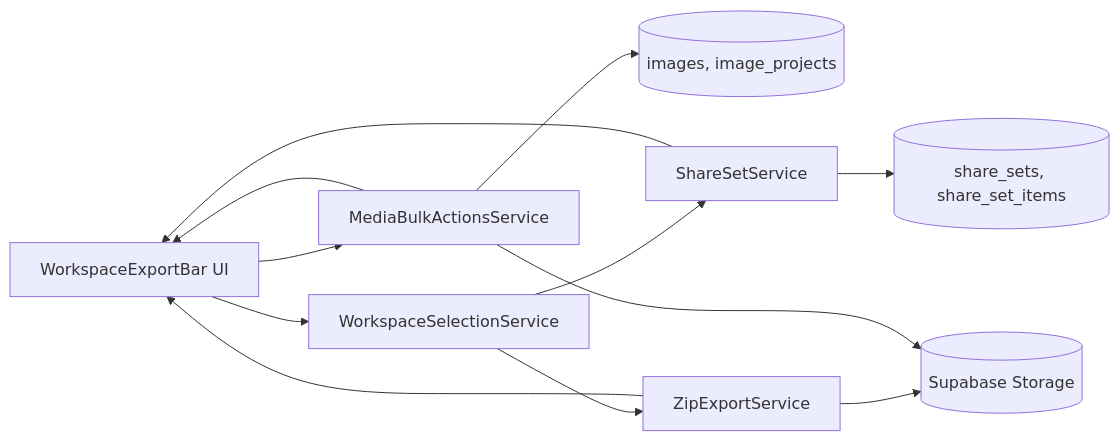
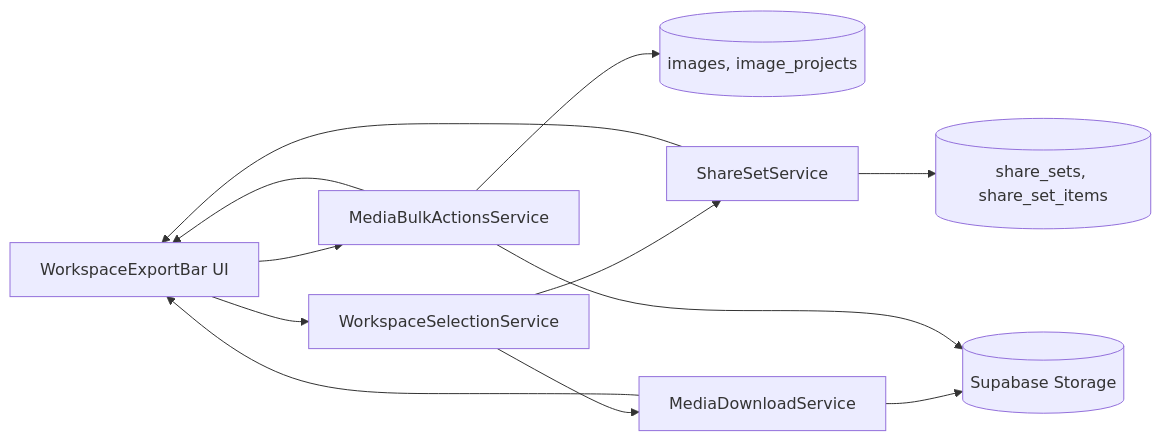
The first of 3 diagrams in docs/element-specs/workspace-export-bar.md (matkleve/feldpost), drawn with Mermaid before and after one commit. The commit also changed other lines of this file and 33 other files, not shown here.

First line of the commit message:
refactor: migrate media-related services to MediaDownloadService

````diff
--- a/docs/element-specs/workspace-export-bar.md
+++ b/docs/element-specs/workspace-export-bar.md
@@ -108,14 +108,14 @@
 ```mermaid
 flowchart LR
   UI[WorkspaceExportBar UI] --> WS[WorkspaceSelectionService]
   UI --> MB[MediaBulkActionsService]
   MB --> DBI[(images, image_projects)]
   WS --> SS[ShareSetService]
   SS --> DB[(share_sets, share_set_items)]
-  WS --> ZE[ZipExportService]
+  WS --> ZE[MediaDownloadService]
   ZE --> ST[(Supabase Storage)]
   MB --> ST
   SS --> UI
   MB --> UI
   ZE --> UI
 ```
````
